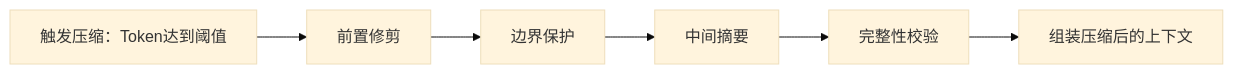
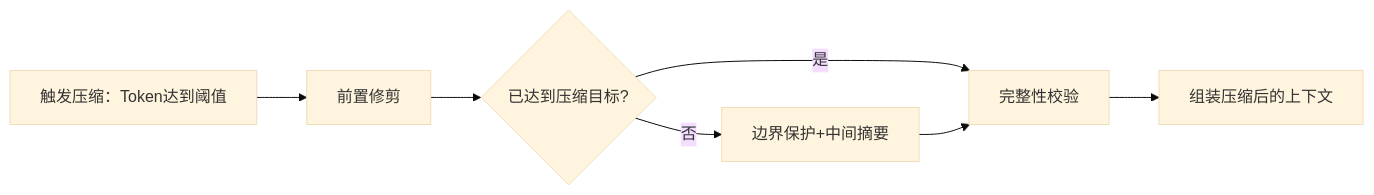
One commit to A1pha3/hermes-agent changed the diagram in docs/cn/architecture/6-context-optimization.md. Above: the diagram before and after it, drawn with Mermaid (base theme). The commit also changed other lines of this file and 33 other files, not shown here.

````diff
--- a/docs/cn/architecture/6-context-optimization.md
+++ b/docs/cn/architecture/6-context-optimization.md
@@ -19,8 +39,9 @@
 ```mermaid
 flowchart LR
     A[触发压缩：Token达到阈值] --> B[前置修剪]
-    B --> C[边界保护]
-    C --> D[中间摘要]
+    B --> C{已达到压缩目标?}
+    C -- 是 --> E[完整性校验]
+    C -- 否 --> D[边界保护+中间摘要]
     D --> E[完整性校验]
     E --> F[组装压缩后的上下文]
 ```
````
